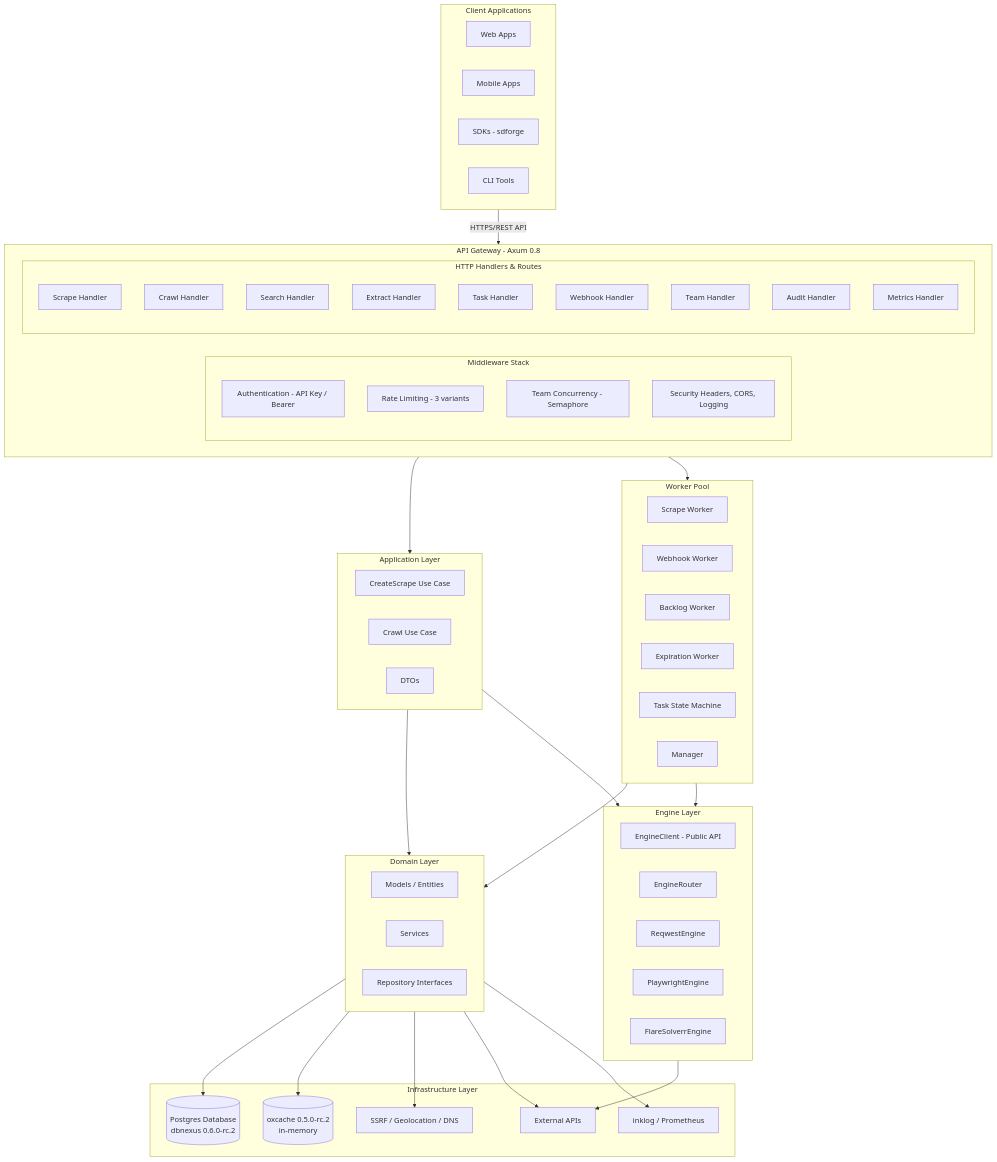
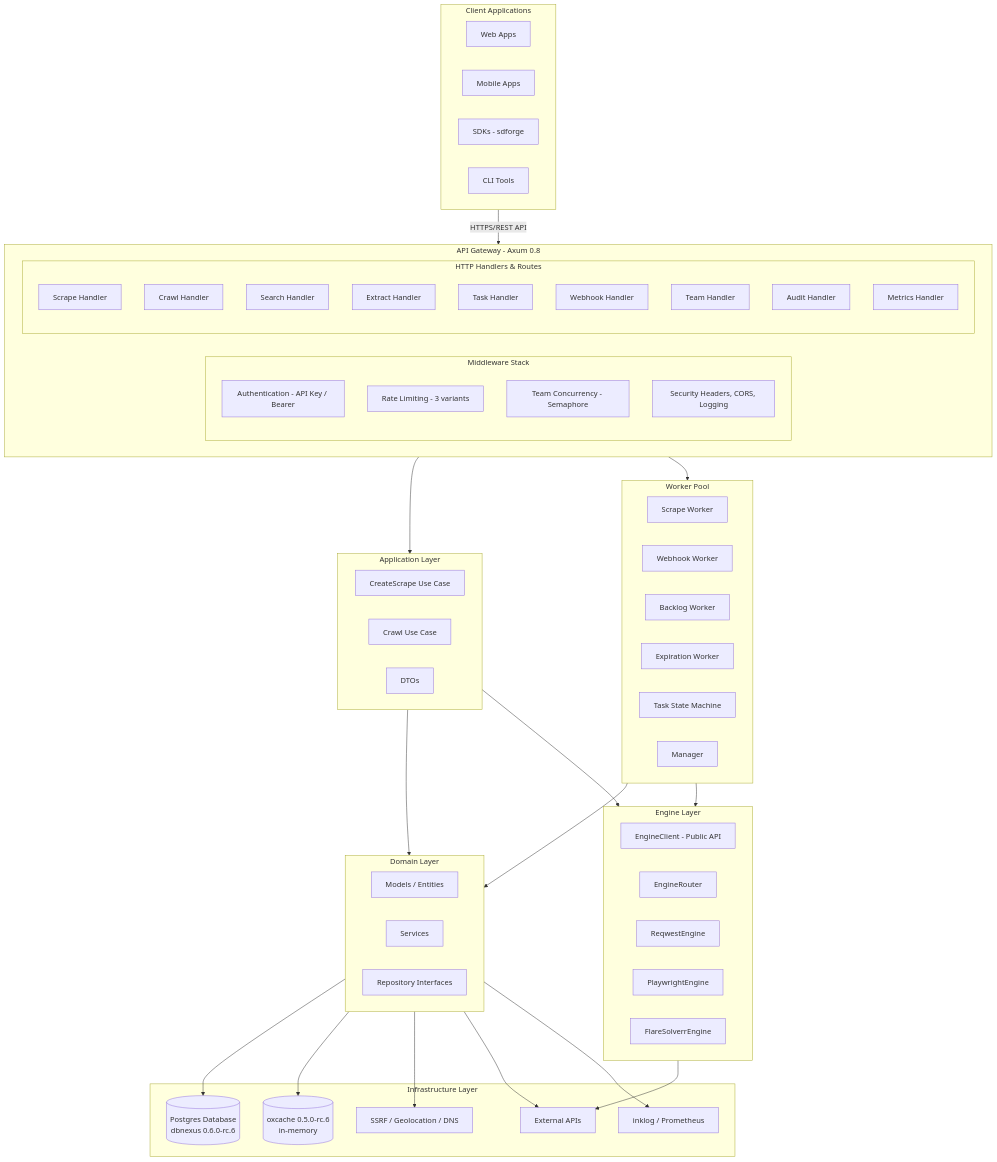
The first of 9 diagrams in docs/ARCHITECTURE.md (Kirky-X/crawlrs), drawn with Mermaid before and after one commit. The commit also changed other lines of this file and 13 other files, not shown here.

````diff
--- a/docs/ARCHITECTURE.md
+++ b/docs/ARCHITECTURE.md
@@ -118,81 +118,81 @@
 ```mermaid
 flowchart TD
     subgraph Clients [Client Applications]
         C1[Web Apps]
         C2[Mobile Apps]
         C3[SDKs - sdforge]
         C4[CLI Tools]
     end
 
     subgraph API [API Gateway - Axum 0.8]
         subgraph Middleware [Middleware Stack]
             M1[Authentication - API Key / Bearer]
             M2[Rate Limiting - 3 variants]
             M3[Team Concurrency - Semaphore]
             M4[Security Headers, CORS, Logging]
         end
 
         subgraph Handlers [HTTP Handlers & Routes]
             H1[Scrape Handler]
             H2[Crawl Handler]
             H3[Search Handler]
             H4[Extract Handler]
             H5[Task Handler]
             H6[Webhook Handler]
             H7[Team Handler]
             H8[Audit Handler]
             H9[Metrics Handler]
         end
     end
 
     subgraph App [Application Layer]
         A1[CreateScrape Use Case]
         A2[Crawl Use Case]
         A3[DTOs]
     end
 
     subgraph Workers [Worker Pool]
         W1[Scrape Worker]
         W2[Webhook Worker]
         W3[Backlog Worker]
         W4[Expiration Worker]
         W5[Task State Machine]
         W6[Manager]
     end
 
     subgraph Domain [Domain Layer]
         D1[Models / Entities]
         D2[Services]
         D3[Repository Interfaces]
     end
 
     subgraph Engines [Engine Layer]
         E1[EngineClient - Public API]
         E2[EngineRouter]
         E3[ReqwestEngine]
         E4[PlaywrightEngine]
         E5[FlareSolverrEngine]
     end
 
     subgraph Infra [Infrastructure Layer]
-        DB[(Postgres Database<br/>dbnexus 0.6.0-rc.2)]
-        RC[(oxcache 0.5.0-rc.2<br/>in-memory)]
+        DB[(Postgres Database<br/>dbnexus 0.6.0-rc.6)]
+        RC[(oxcache 0.5.0-rc.6<br/>in-memory)]
         EXT[External APIs]
         MON[inklog / Prometheus]
         SEC[SSRF / Geolocation / DNS]
     end
 
     Clients -->|"HTTPS/REST API"| API
     API --> App
     API --> Workers
     App --> Domain
     Workers --> Domain
     Domain --> DB
     Domain --> RC
     Domain --> SEC
     Domain --> EXT
     Domain --> MON
     App --> Engines
     Workers --> Engines
     Engines --> EXT
 ```
````
